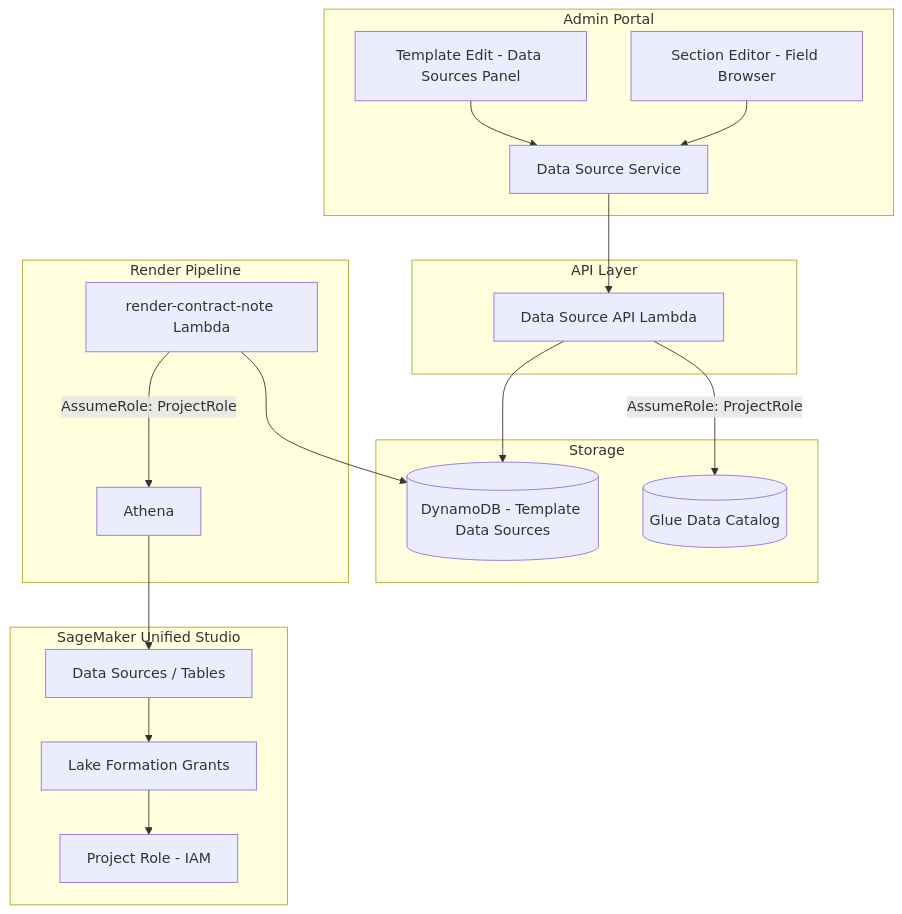
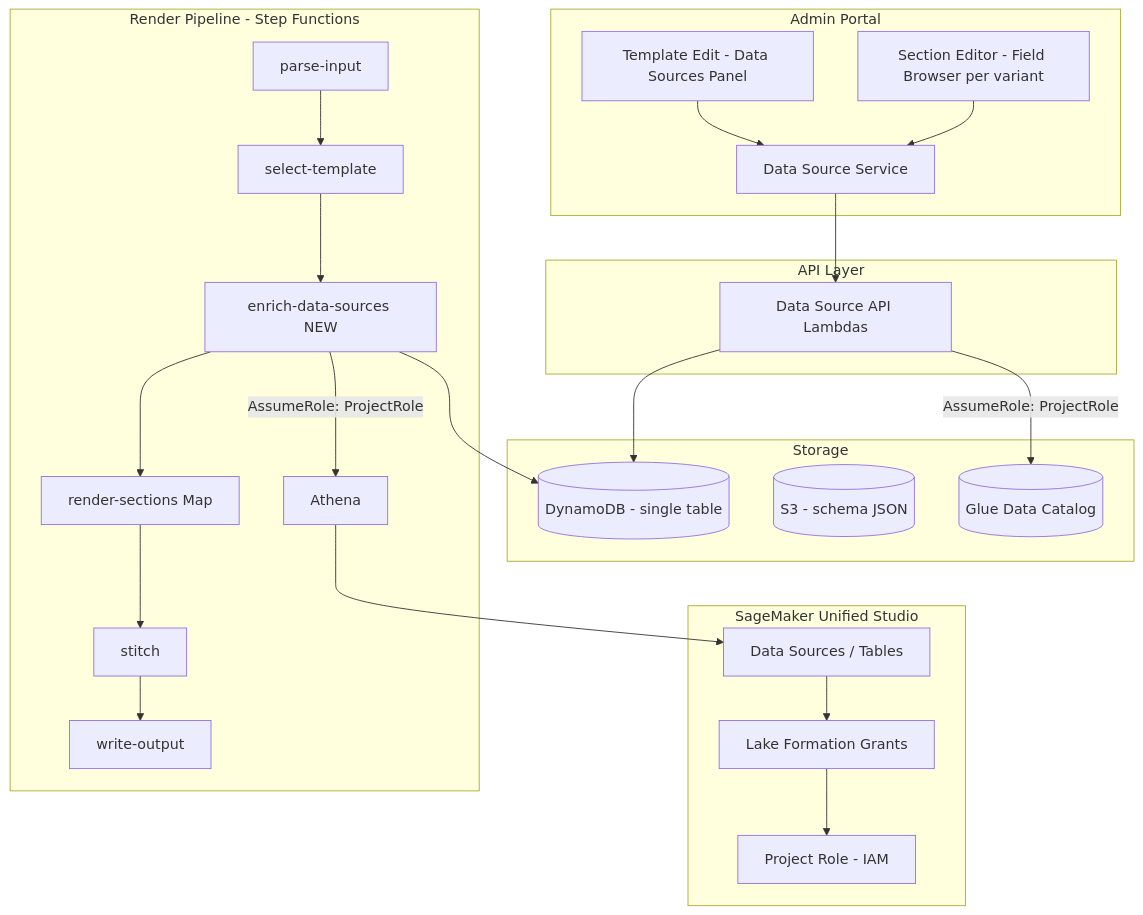
Before and after one commit to MartinWhippD55/d55-analysis: the second of 2 diagrams in .kiro/specs/contract-note-data-source-extensibility/design.md, drawn with Mermaid. The commit also changed other lines of this file and 3 other files, not shown here.

````diff
--- a/.kiro/specs/contract-note-data-source-extensibility/design.md
+++ b/.kiro/specs/contract-note-data-source-extensibility/design.md
@@ -32,39 +64,43 @@
 ```mermaid
 graph TB
     subgraph SageMaker Unified Studio
         US[Data Sources / Tables]
         PR[Project Role - IAM]
         LF[Lake Formation Grants]
     end
 
     subgraph Admin Portal
         TE[Template Edit - Data Sources Panel]
-        SE[Section Editor - Field Browser]
+        SE[Section Editor - Field Browser per variant]
         DSS[Data Source Service]
     end
 
     subgraph API Layer
-        DSA[Data Source API Lambda]
+        DSA[Data Source API Lambdas]
     end
 
     subgraph Storage
-        DDB[(DynamoDB - Template Data Sources)]
+        DDB[(DynamoDB - single table)]
+        SB[(S3 - schema JSON)]
         GC[(Glue Data Catalog)]
     end
 
-    subgraph Render Pipeline
-        RP[render-contract-note Lambda]
+    subgraph Render Pipeline - Step Functions
+        PI[parse-input] --> ST[select-template]
+        ST --> EN[enrich-data-sources NEW]
+        EN --> RS[render-sections Map]
+        RS --> STI[stitch] --> WO[write-output]
         ATH[Athena]
     end
 
     US --> LF
     LF --> PR
     TE --> DSS
     SE --> DSS
     DSS --> DSA
     DSA -->|AssumeRole: ProjectRole| GC
     DSA --> DDB
-    RP -->|AssumeRole: ProjectRole| ATH
+    EN -->|AssumeRole: ProjectRole| ATH
     ATH --> US
-    RP --> DDB
+    EN --> DDB
 ```
````
